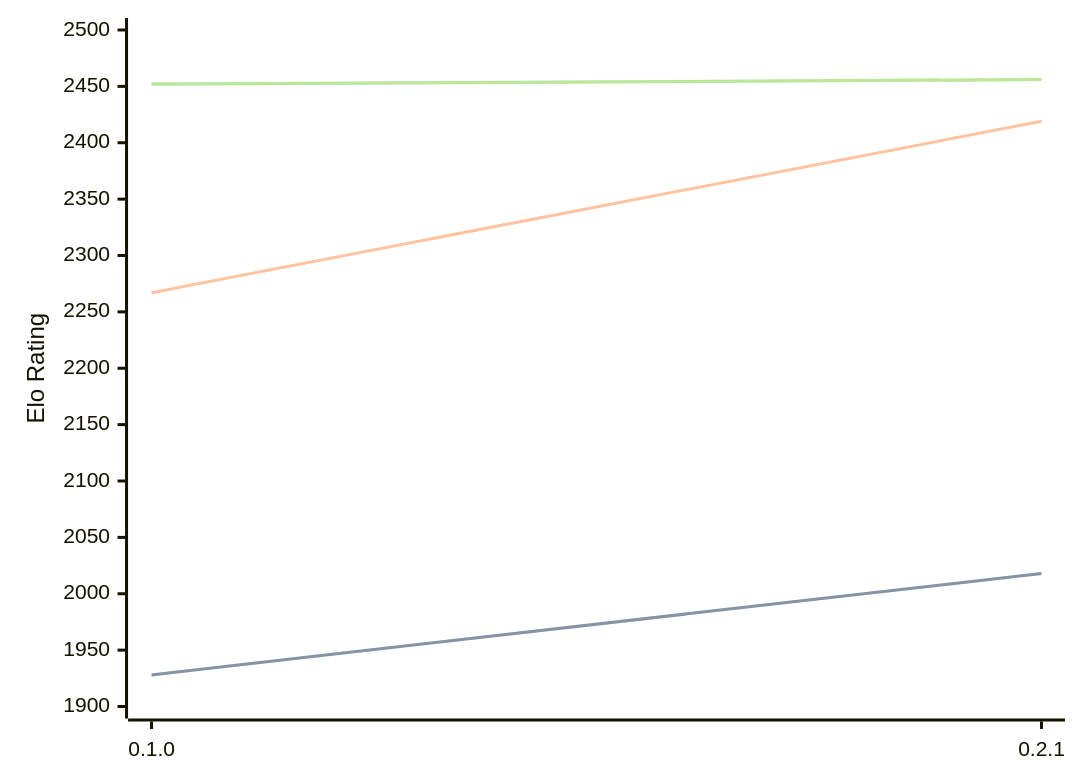
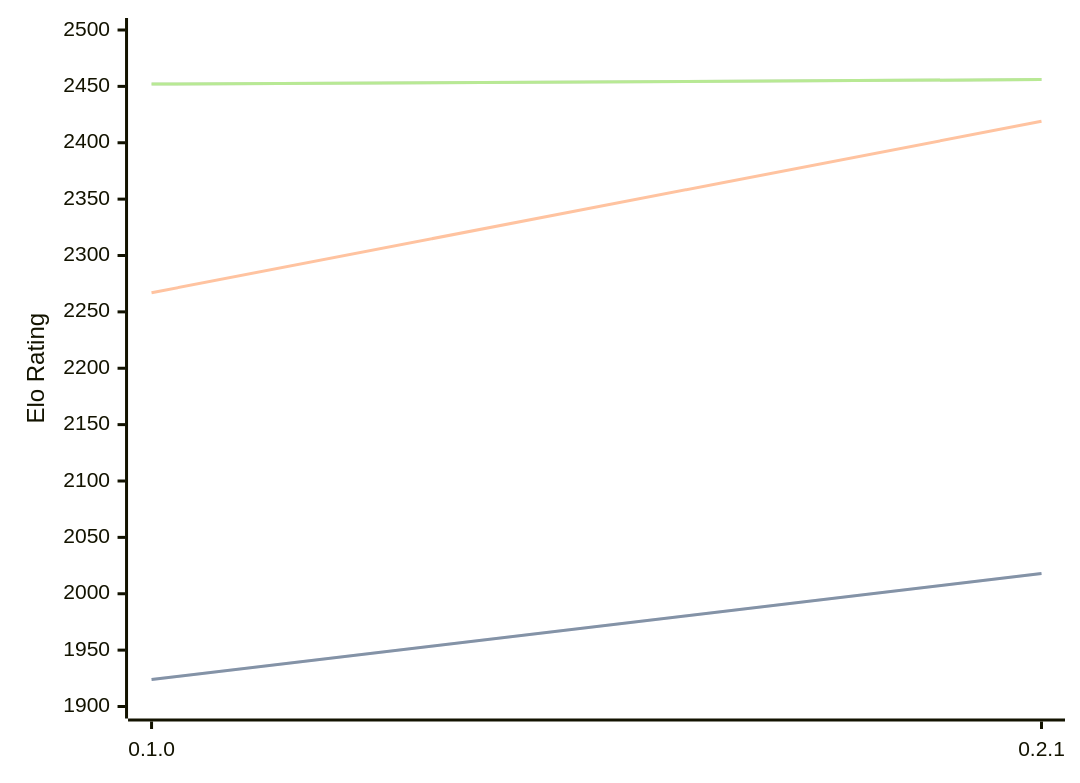
The diagram in engines/Sykora.md (computer-chess-index/cci), drawn with Mermaid before and after one commit. The commit also changed other lines of this file, not shown here.

````diff
--- a/engines/Sykora.md
+++ b/engines/Sykora.md
@@ -30,11 +30,11 @@
 ```mermaid
 %%{init: {"theme":"base","themeVariables":{"seriesColors:['#a3a3a3','#222221','#faa371']}}}%%
 xychart-beta
   x-axis ["0.1.0", "0.2.1"]
   y-axis "Elo Rating" 1900 --> 2500
-  line "STC (8.0+0.08s)" [1928, 2018]
-  line "STC (8.0+0.08s)" [1928, 2018]
+  line "STC (8.0+0.08s)" [1924, 2018]
+  line "STC (8.0+0.08s)" [1924, 2018]
   line "LTC (60.0+0.60s)" [2267, 2419]
   line "VLTC (2m24s+1.12s)" [2452, 2456]
   line "VLTC (2m24s+1.12s)" [2452, 2456]
 ```
````
